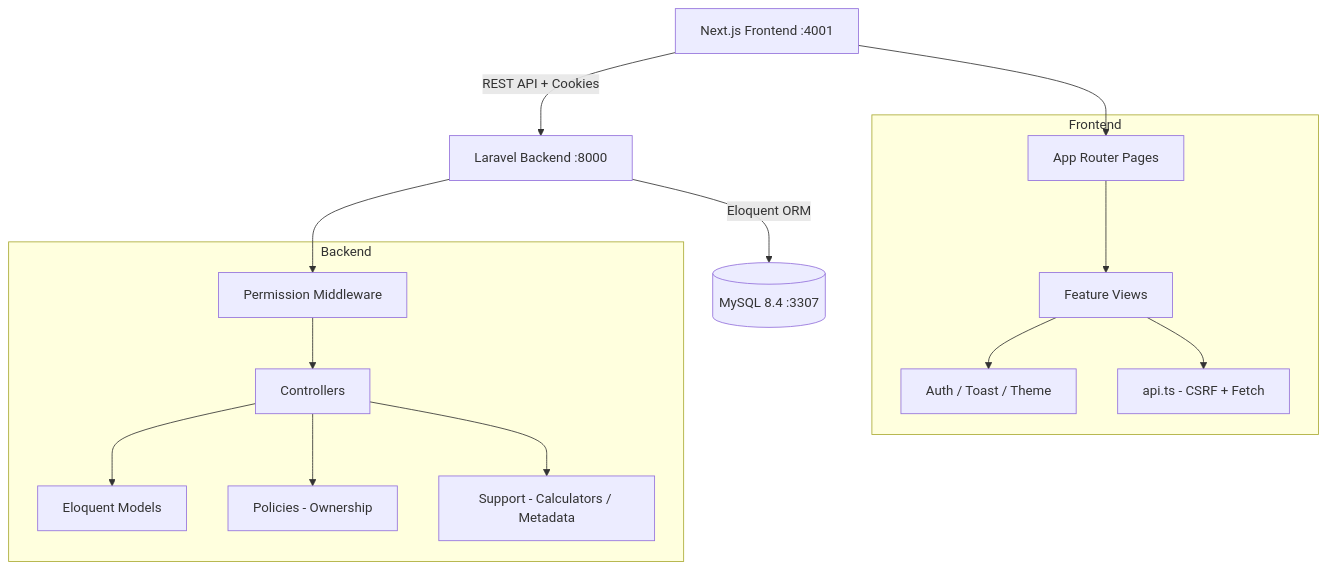
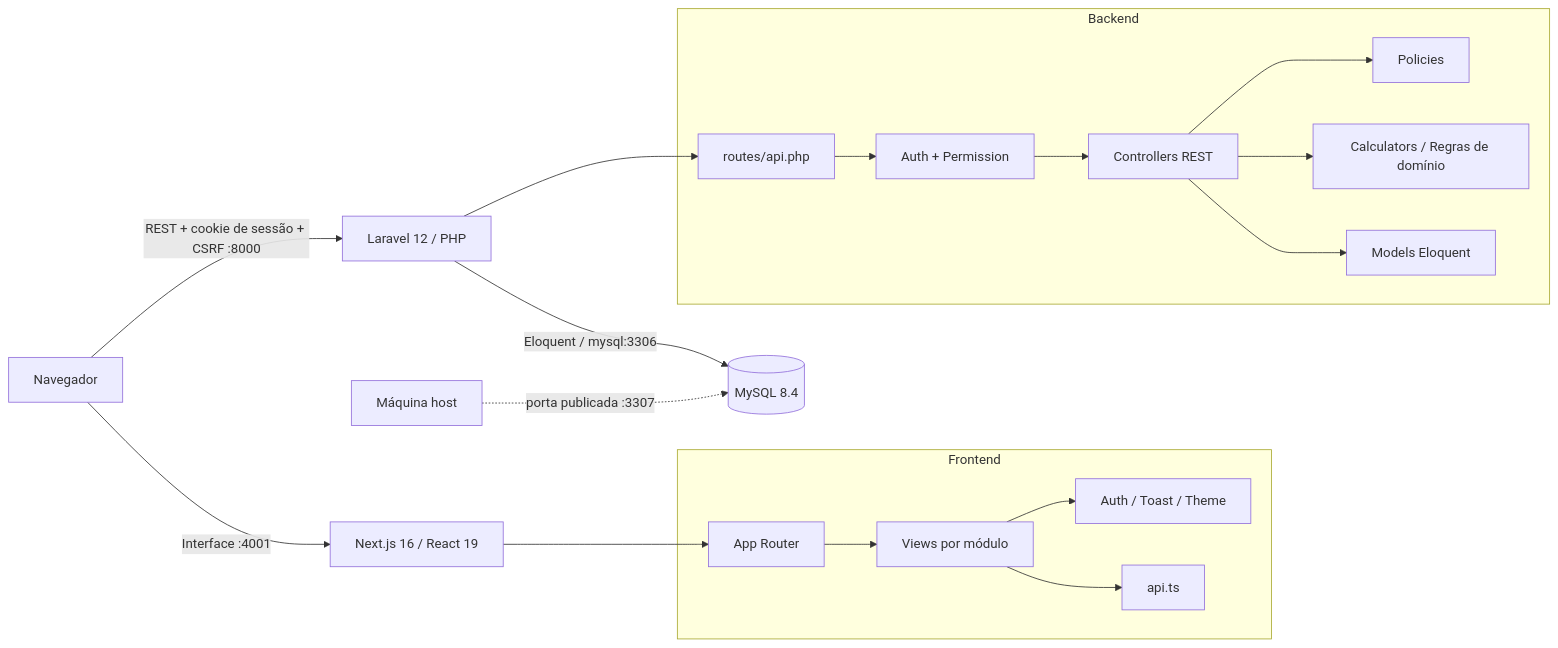
One commit to Senavictors/watch-crm changed the first of 2 diagrams in README.md. Above: the diagram before and after it, drawn with Mermaid. The commit also changed other lines of this file and 112 other files, not shown here.

````diff
--- a/README.md
+++ b/README.md
@@ -68,22 +76,24 @@
 ```mermaid
-graph TD
-    Client[Next.js Frontend :4001] -->|REST API + Cookies| API[Laravel Backend :8000]
-    API -->|Eloquent ORM| DB[(MySQL 8.4 :3307)]
+flowchart LR
+    Browser["Navegador"] -->|"Interface :4001"| Frontend["Next.js 16 / React 19"]
+    Browser -->|"REST + cookie de sessão + CSRF :8000"| Backend["Laravel 12 / PHP"]
+    Backend -->|"Eloquent / mysql:3306"| Database[("MySQL 8.4")]
+    Host["Máquina host"] -.->|"porta publicada :3307"| Database
 
-    subgraph Frontend
-        Pages[App Router Pages] --> Views[Feature Views]
-        Views --> Contexts[Auth / Toast / Theme]
-        Views --> ApiLayer[api.ts - CSRF + Fetch]
+    subgraph FrontendApp["Frontend"]
+        Pages["App Router"] --> Views["Views por módulo"]
+        Views --> Contexts["Auth / Toast / Theme"]
+        Views --> ApiLayer["api.ts"]
     end
 
-    subgraph Backend
-        Controllers[Controllers] --> Models[Eloquent Models]
-        Controllers --> Policies[Policies - Ownership]
-        Middleware[Permission Middleware] --> Controllers
-        Support[Support - Calculators / Metadata]
+    subgraph BackendApp["Backend"]
+        Routes["routes/api.php"] --> Middleware["Auth + Permission"]
+        Middleware --> Controllers["Controllers REST"]
+        Controllers --> Policies["Policies"]
+        Controllers --> Support["Calculators / Regras de domínio"]
+        Controllers --> Models["Models Eloquent"]
     end
 
-    Client --> Pages
-    API --> Middleware
-    Controllers --> Support
+    Frontend --> Pages
+    Backend --> Routes
 ```
````
